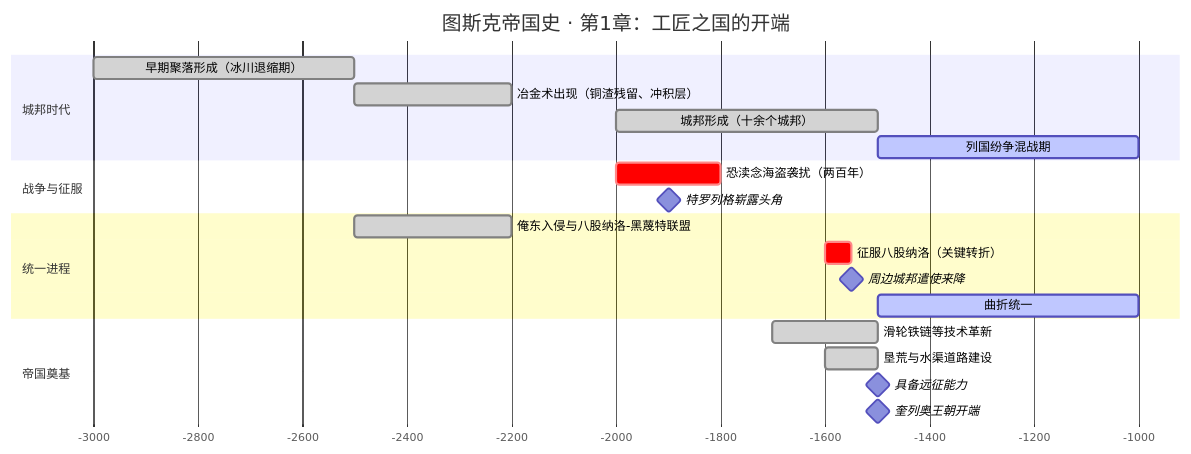
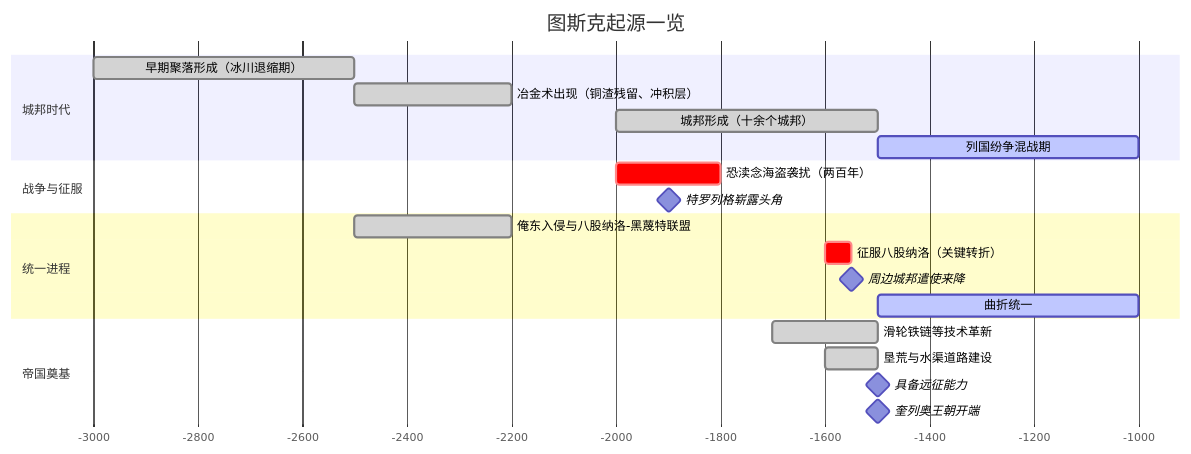
The first of 3 diagrams in docs/zh/历史长河/图斯克帝国史.md (Phychias/Laaerad), drawn with Mermaid before and after one commit.

Commit message:
小型文档更新: 2026-06-25 15:15:48

````diff
--- a/docs/zh/历史长河/图斯克帝国史.md
+++ b/docs/zh/历史长河/图斯克帝国史.md
@@ -12,28 +12,28 @@
 ```mermaid
 gantt
-    title 图斯克帝国史 · 第1章：工匠之国的开端
+    title 图斯克起源一览
     dateFormat YYYY
     axisFormat %Y
     
     section 城邦时代
     早期聚落形成（冰川退缩期）           :done, a1, -003000, 500y
     冶金术出现（铜渣残留、冲积层）       :done, a2, -002500, 300y
     城邦形成（十余个城邦）               :done, a3, -002000, 500y
     列国纷争混战期                       :active, a4, -001500, 500y
     
     section 战争与征服
     恐渎念海盗袭扰（两百年）             :crit, b1, -002000, 200y
     特罗列格崭露头角                     :milestone, b2, -001900, 0d
     
     section 统一进程
     俺东入侵与八股纳洛-黑蔑特联盟       :done, c1, -002500, 300y
     征服八股纳洛（关键转折）             :crit, c2, -001600, 50y
     周边城邦遣使来降                     :milestone, c3, -001550, 0d
     曲折统一                             :active, c4, -001500, 500y
     
     section 帝国奠基
     滑轮铁链等技术革新                   :done, d1, -001700, 200y
     垦荒与水渠道路建设                   :done, d2, -001600, 100y
     具备远征能力                         :milestone, d3, -001500, 0d
     奎列奥王朝开端                       :milestone, d4, -001500, 0d
 ```
````
